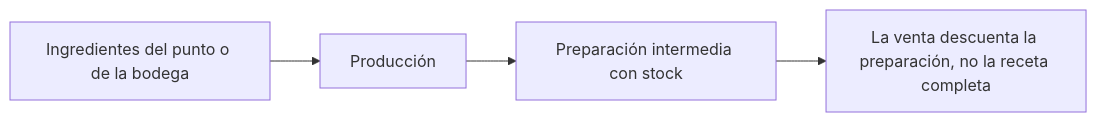
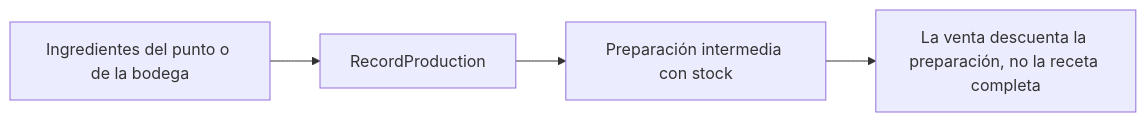
The fourth of 7 diagrams in docs/flujos/m4-inventario.md (CesarJOtizM/blackHole), drawn with Mermaid before and after one commit. The commit also changed other lines of this file and 159 other files, not shown here.

````diff
--- a/docs/flujos/m4-inventario.md
+++ b/docs/flujos/m4-inventario.md
@@ -80,6 +81,6 @@
 ```mermaid
 flowchart LR
-  A["Ingredientes del punto o de la bodega"] --> B["Producción"]
+  A["Ingredientes del punto o de la bodega"] --> B["RecordProduction"]
   B --> C["Preparación intermedia con stock"]
   C --> D["La venta descuenta la preparación, no la receta completa"]
 ```
````
